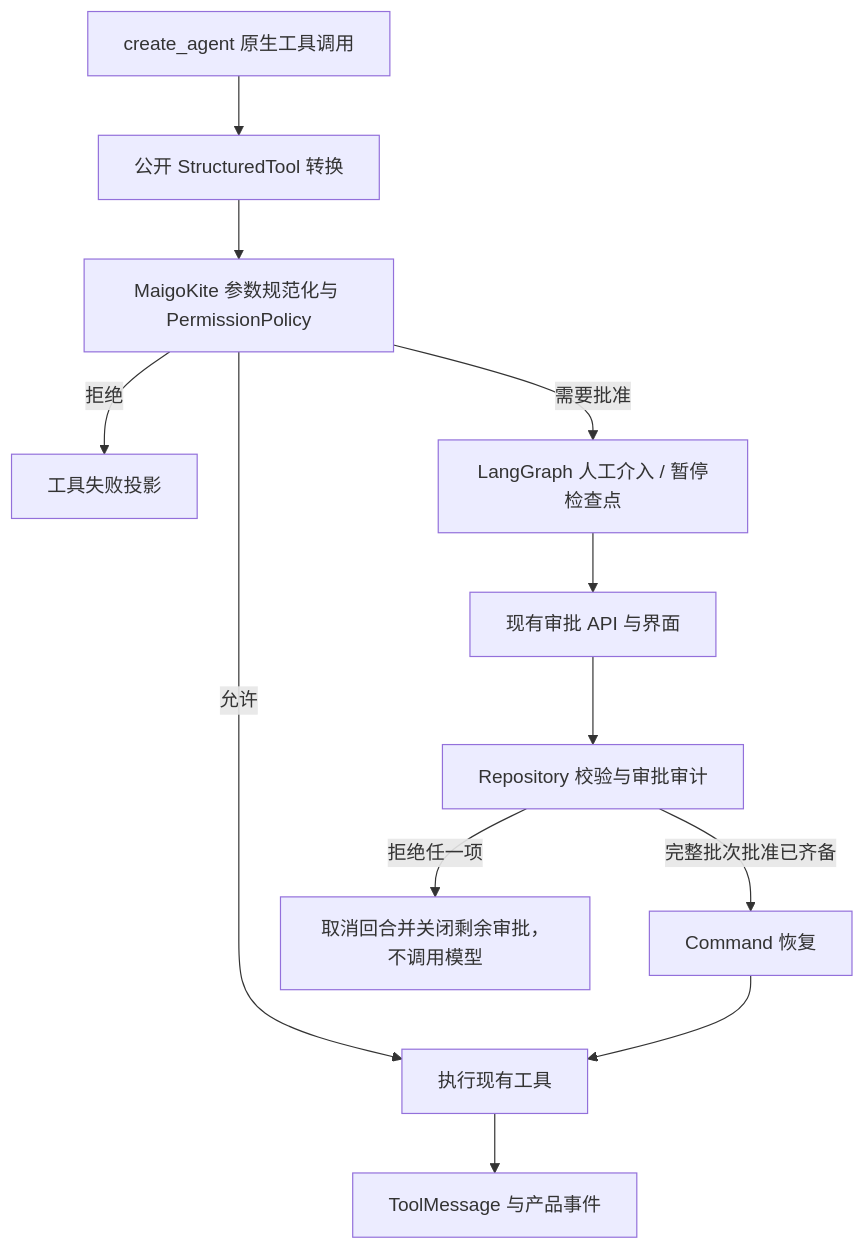
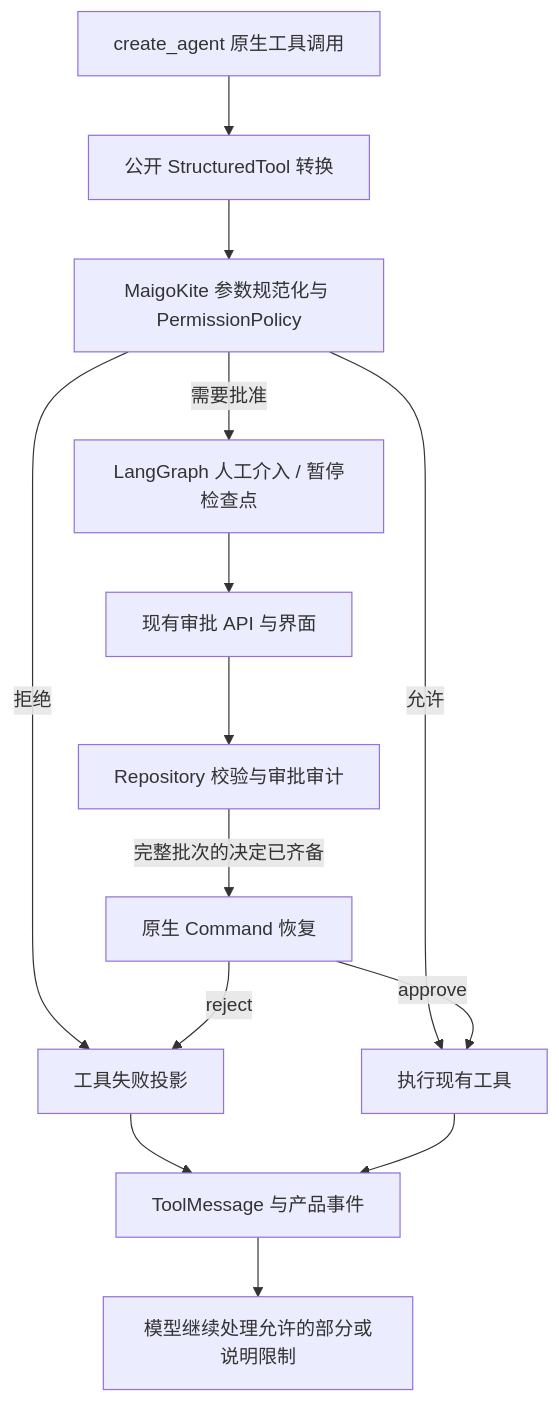
The diagram in docs/design/AgentRuntime.md (Mime-AL/MaigoKite), drawn with Mermaid before and after one commit. The commit also changed other lines of this file and 50 other files, not shown here.

````diff
--- a/docs/design/AgentRuntime.md
+++ b/docs/design/AgentRuntime.md
@@ -64,14 +64,16 @@
 ```mermaid
 flowchart TD
     A[create_agent 原生工具调用] --> B[公开 StructuredTool 转换]
     B --> C[MaigoKite 参数规范化与 PermissionPolicy]
     C -->|拒绝| D[工具失败投影]
     C -->|允许| E[执行现有工具]
     C -->|需要批准| F[LangGraph 人工介入 / 暂停检查点]
     F --> G[现有审批 API 与界面]
     G --> H[Repository 校验与审批审计]
-    H -->|完整批次批准已齐备| I[Command 恢复]
-    H -->|拒绝任一项| K[取消回合并关闭剩余审批，不调用模型]
-    I --> E
+    H -->|完整批次的决定已齐备| I[原生 Command 恢复]
+    I -->|approve| E
+    I -->|reject| D
+    D --> J
     E --> J[ToolMessage 与产品事件]
+    J --> K[模型继续处理允许的部分或说明限制]
 ```
````
